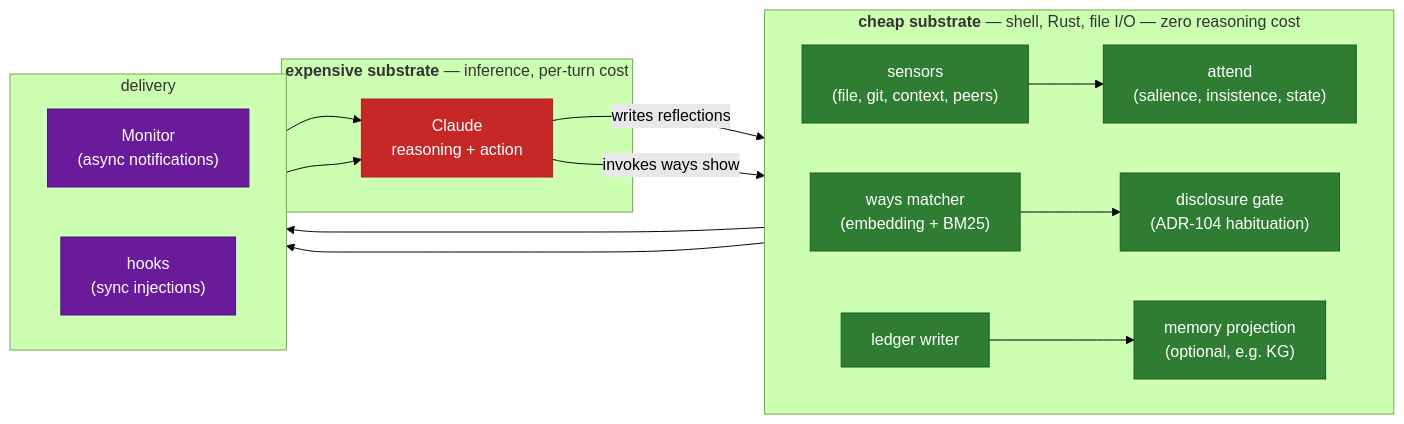
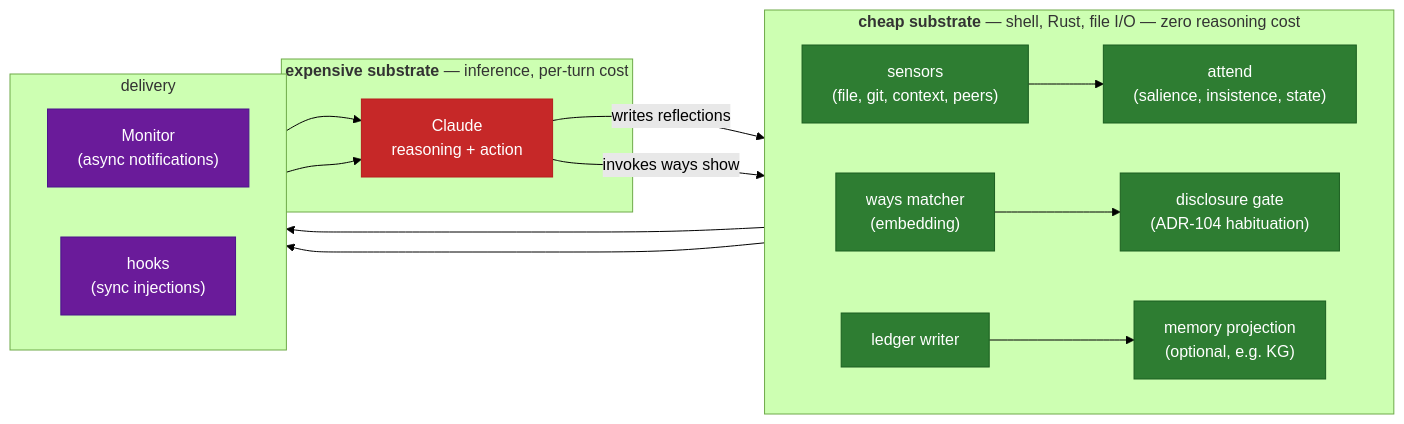
Before and after one commit to jonmuse9/agent-ways: the first of 3 diagrams in docs/cognitive-loop.md, drawn with Mermaid (forest theme). The commit also changed 26 other files, not shown here.

````diff
--- a/docs/cognitive-loop.md
+++ b/docs/cognitive-loop.md
@@ -36,38 +36,38 @@
 ```mermaid
 flowchart LR
     classDef cheap fill:#2E7D32,stroke:#1B5E20,color:#fff
     classDef expensive fill:#C62828,stroke:#B71C1C,color:#fff
     classDef delivery fill:#6A1B9A,stroke:#4A148C,color:#fff
 
     subgraph CheapSub["<b>cheap substrate</b> — shell, Rust, file I/O — zero reasoning cost"]
         direction LR
         Sensors["sensors<br/>(file, git, context, peers)"]:::cheap
         Attend["attend<br/>(salience, insistence, state)"]:::cheap
-        Matcher["ways matcher<br/>(embedding + BM25)"]:::cheap
+        Matcher["ways matcher<br/>(embedding)"]:::cheap
         Gate["disclosure gate<br/>(ADR-104 habituation)"]:::cheap
         Ledger["ledger writer"]:::cheap
         Memory["memory projection<br/>(optional, e.g. KG)"]:::cheap
     end
 
     subgraph Del["delivery"]
         direction LR
         Monitor["Monitor<br/>(async notifications)"]:::delivery
         Hooks["hooks<br/>(sync injections)"]:::delivery
     end
 
     subgraph Exp["<b>expensive substrate</b> — inference, per-turn cost"]
         Claude["Claude<br/>reasoning + action"]:::expensive
     end
 
     Sensors --> Attend
     Attend --> Monitor
     Matcher --> Gate
     Gate --> Hooks
 
     Monitor --> Claude
     Hooks --> Claude
 
     Claude -->|"writes reflections"| Ledger
     Ledger --> Memory
     Claude -->|"invokes ways show"| Matcher
 ```
````
